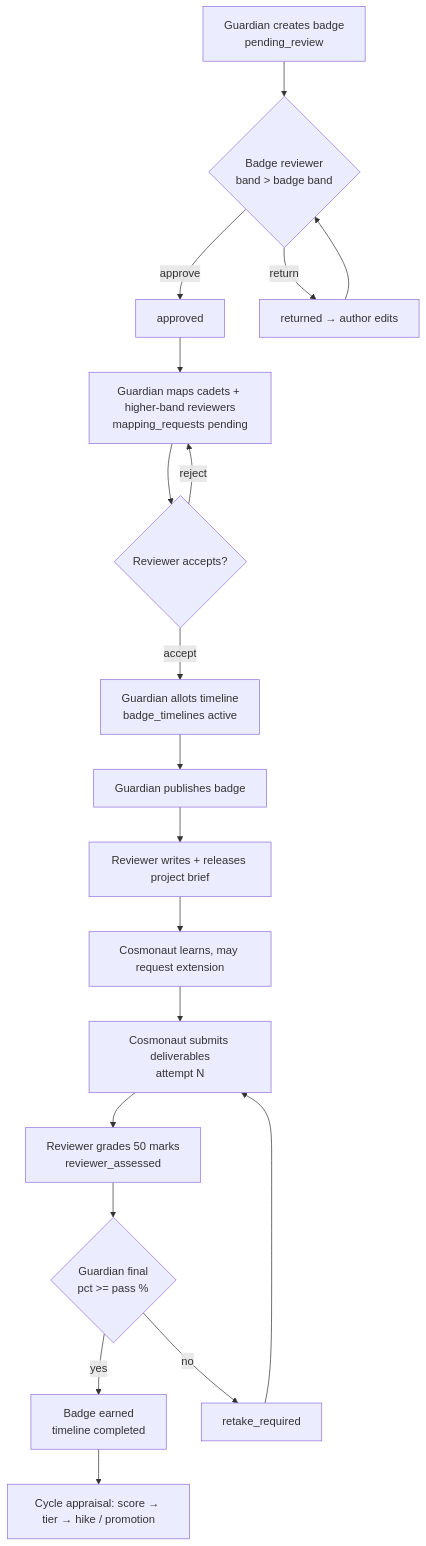
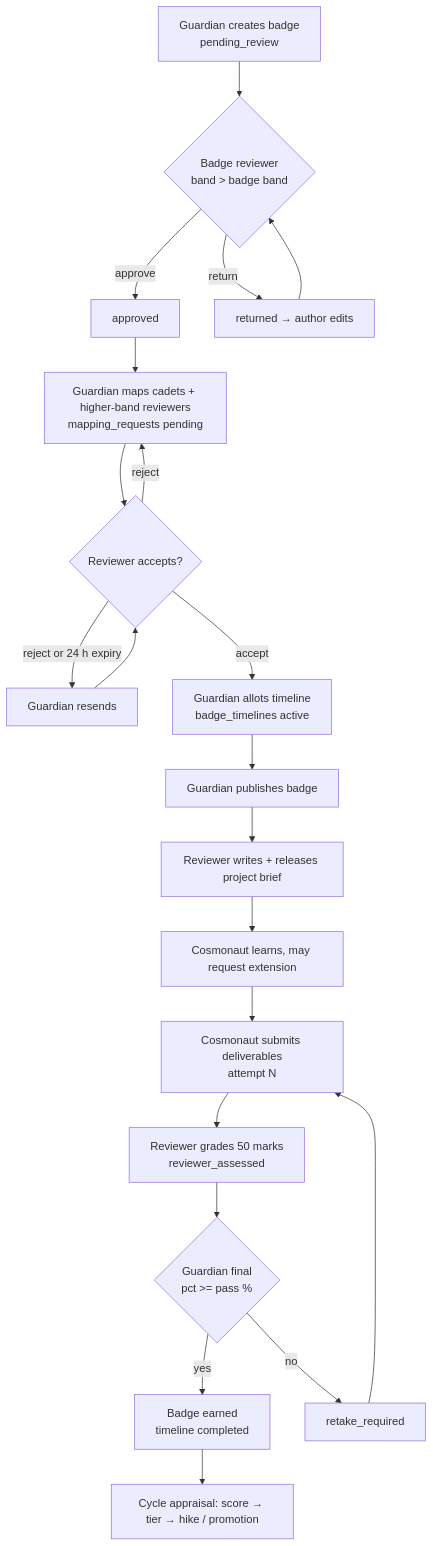
Before and after one commit to shivakumarbhandari2003/starapp_demo: the first of 2 diagrams in memory/FLOWCHART.md, drawn with Mermaid. The commit also changed other lines of this file and 39 other files, not shown here.

````diff
--- a/memory/FLOWCHART.md
+++ b/memory/FLOWCHART.md
@@ -90,19 +96,20 @@
 ```mermaid
 flowchart TD
     A[Guardian creates badge<br/>pending_review] --> B{Badge reviewer<br/>band > badge band}
     B -- approve --> C[approved]
     B -- return --> A2[returned → author edits] --> B
     C --> D[Guardian maps cadets + higher-band reviewers<br/>mapping_requests pending]
     D --> E{Reviewer accepts?}
+    E -- reject or 24 h expiry --> D2[Guardian resends] --> E
     E -- reject --> D
     E -- accept --> F[Guardian allots timeline<br/>badge_timelines active]
     F --> G[Guardian publishes badge]
     G --> H[Reviewer writes + releases project brief]
     H --> I[Cosmonaut learns, may request extension]
     I --> J[Cosmonaut submits deliverables<br/>attempt N]
     J --> K[Reviewer grades 50 marks<br/>reviewer_assessed]
     K --> L{Guardian final<br/>pct >= pass %}
     L -- yes --> M[Badge earned<br/>timeline completed]
     L -- no --> N[retake_required] --> J
     M --> O[Cycle appraisal: score → tier → hike / promotion]
 ```
````
